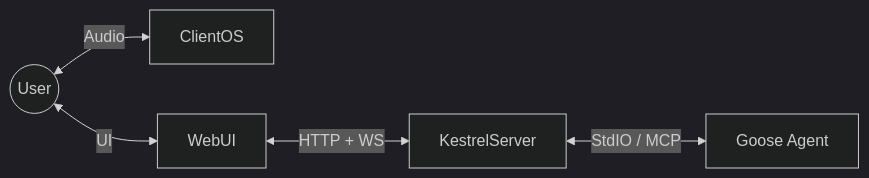
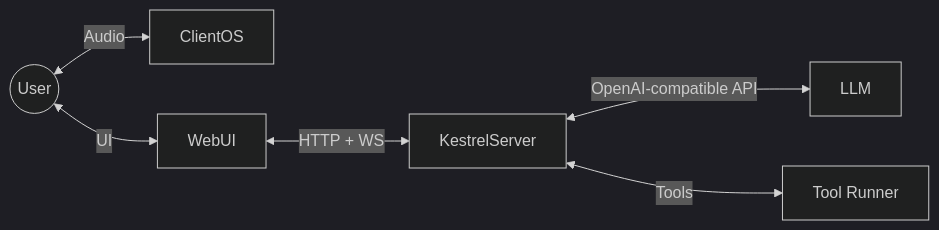
The diagram in ARCHITECTURE.md (OcotilloAI/Kestrel), drawn with Mermaid (dark theme) before and after one commit. The commit also changed other lines of this file and 35 other files, not shown here.

````diff
--- a/ARCHITECTURE.md
+++ b/ARCHITECTURE.md
@@ -9,7 +9,8 @@
 ```mermaid
 graph LR
     User((User)) <--> |Audio| ClientOS
     User((User)) <--> |UI| WebUI
     WebUI <--> |HTTP + WS| KestrelServer
-    KestrelServer <--> |StdIO / MCP| Goose[Goose Agent]
+    KestrelServer <--> |OpenAI-compatible API| LLM
+    KestrelServer <--> |Tools| Tooling[Tool Runner]
 ```
````
